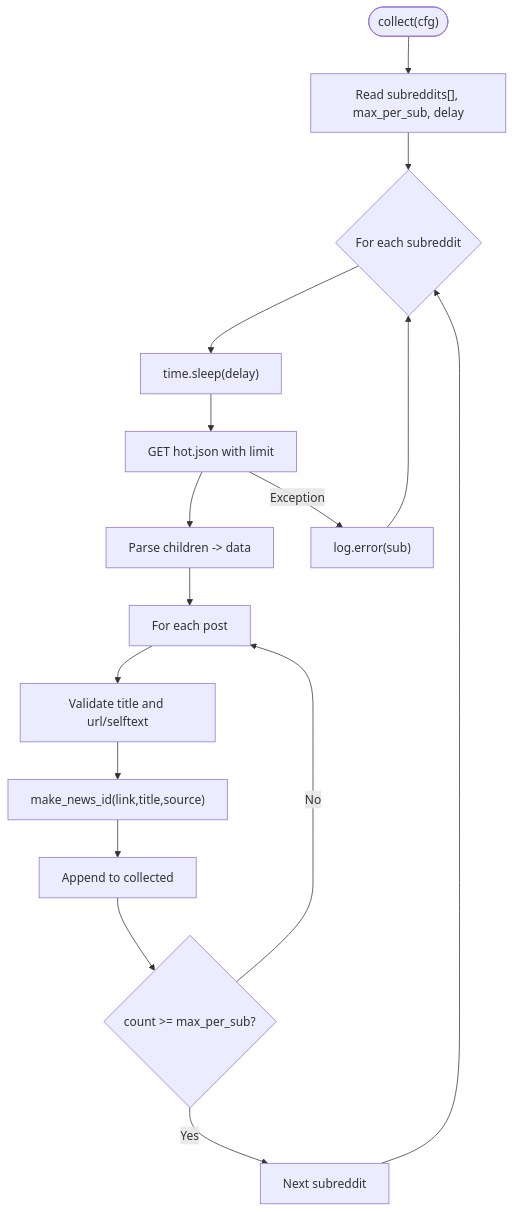
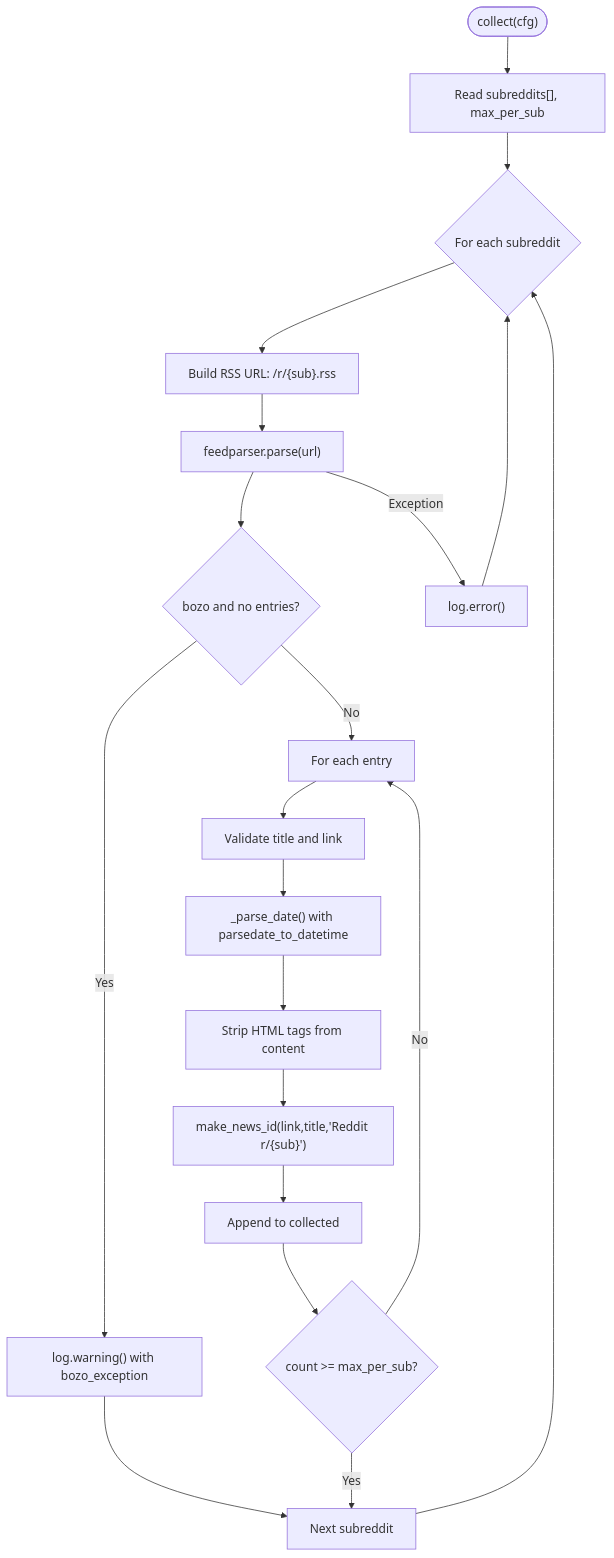
One commit to shakthi-vinayak/news changed the fifth of 9 diagrams in .qoder/repowiki/en/content/Content Collection System/News Sources.md. Above: the diagram before and after it, drawn with Mermaid. The commit also changed other lines of this file and 55 other files, not shown here.

````diff
--- a/.qoder/repowiki/en/content/Content Collection System/News Sources.md
+++ b/.qoder/repowiki/en/content/Content Collection System/News Sources.md
@@ -201,17 +215,20 @@
 ```mermaid
 flowchart TD
-Start(["collect(cfg)"]) --> ReadCfg["Read subreddits[], max_per_sub, delay"]
+Start(["collect(cfg)"]) --> ReadCfg["Read subreddits[], max_per_sub"]
 ReadCfg --> LoopSubs{"For each subreddit"}
-LoopSubs --> Sleep["time.sleep(delay)"]
-Sleep --> CallAPI["GET hot.json with limit"]
-CallAPI --> Parse["Parse children -> data"]
-Parse --> ForEach["For each post"]
-ForEach --> Validate["Validate title and url/selftext"]
-Validate --> MakeID["make_news_id(link,title,source)"]
+LoopSubs --> BuildURL["Build RSS URL: /r/{sub}.rss"]
+BuildURL --> CallRSS["feedparser.parse(url)"]
+CallRSS --> BozoCheck{"bozo and no entries?"}
+BozoCheck --> |Yes| LogWarn["log.warning() with bozo_exception"] --> NextSub["Next subreddit"]
+BozoCheck --> |No| ForEach["For each entry"]
+ForEach --> Validate["Validate title and link"]
+Validate --> DateParse["_parse_date() with parsedate_to_datetime"]
+DateParse --> ExtractSummary["Strip HTML tags from content"]
+ExtractSummary --> MakeID["make_news_id(link,title,'Reddit r/{sub}')"]
 MakeID --> Append["Append to collected"]
 Append --> Limit{"count >= max_per_sub?"}
-Limit --> |Yes| NextSub["Next subreddit"]
+Limit --> |Yes| NextSub
 Limit --> |No| ForEach
 NextSub --> LoopSubs
-CallAPI --> |Exception| LogErr["log.error(sub)"] --> LoopSubs
+CallRSS --> |Exception| LogErr["log.error()"] --> LoopSubs
 ```
````
